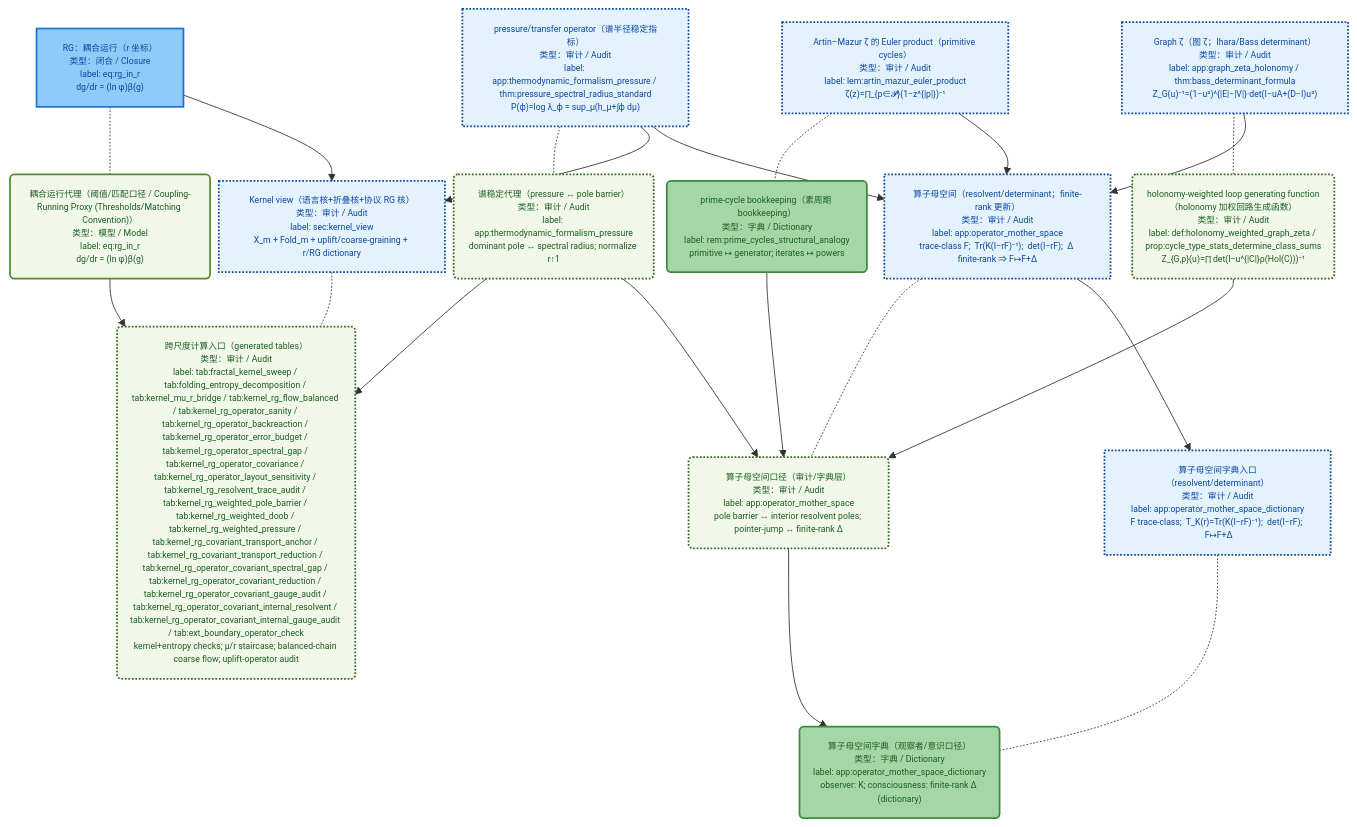
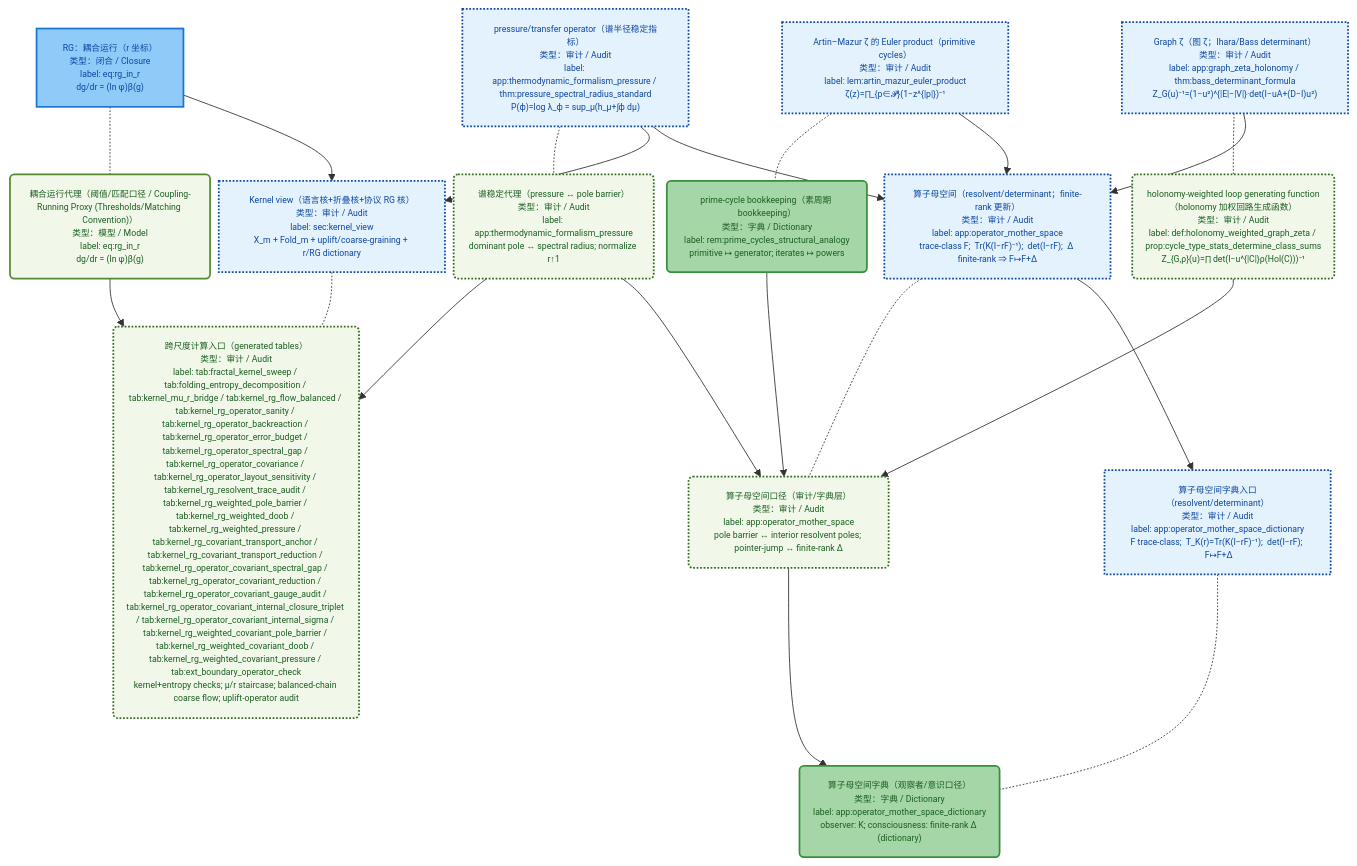
Before and after one commit to loning/the-omega: the ninth of 12 diagrams in docs/papers/2025_z128_standard_model_stable_sector_hpa_omega/architecture_dag.md, drawn with Mermaid. The commit also changed other lines of this file and 24 other files, not shown here.

First line of the commit message:
Enhance kernel RG operator framework with new weighted audits and internal closure triplet

````diff
--- a/docs/papers/2025_z128_standard_model_stable_sector_hpa_omega/architecture_dag.md
+++ b/docs/papers/2025_z128_standard_model_stable_sector_hpa_omega/architecture_dag.md
@@ -1191,76 +1191,76 @@
 ```mermaid
 %%{init: {"maxTextSize": 100000, "flowchart": {"useMaxWidth": false, "nodeSpacing": 10, "rankSpacing": 55}, "themeVariables": {"fontSize": "10px"}}}%%
 flowchart TB
 
   %% === Core hubs ===
   M_kernel_view["Kernel view（语言核+折叠核+协议 RG 核）<br/>类型：审计 / Audit<br/>label: sec:kernel_view<br/>X_m + Fold_m + uplift/coarse-graining + r/RG dictionary"]
-  P_kernel_view("跨尺度计算入口（generated tables）<br/>类型：审计 / Audit<br/>label: tab:fractal_kernel_sweep / tab:folding_entropy_decomposition / tab:kernel_mu_r_bridge / tab:kernel_rg_flow_balanced / tab:kernel_rg_operator_sanity / tab:kernel_rg_operator_backreaction / tab:kernel_rg_operator_error_budget / tab:kernel_rg_operator_spectral_gap / tab:kernel_rg_operator_covariance / tab:kernel_rg_operator_layout_sensitivity / tab:kernel_rg_resolvent_trace_audit / tab:kernel_rg_weighted_pole_barrier / tab:kernel_rg_weighted_doob / tab:kernel_rg_weighted_pressure / tab:kernel_rg_covariant_transport_anchor / tab:kernel_rg_covariant_transport_reduction / tab:kernel_rg_operator_covariant_spectral_gap / tab:kernel_rg_operator_covariant_reduction / tab:kernel_rg_operator_covariant_gauge_audit / tab:kernel_rg_operator_covariant_internal_resolvent / tab:kernel_rg_operator_covariant_internal_gauge_audit / tab:ext_boundary_operator_check<br/>kernel+entropy checks; μ/r staircase; balanced-chain coarse flow; uplift-operator audit")
+  P_kernel_view("跨尺度计算入口（generated tables）<br/>类型：审计 / Audit<br/>label: tab:fractal_kernel_sweep / tab:folding_entropy_decomposition / tab:kernel_mu_r_bridge / tab:kernel_rg_flow_balanced / tab:kernel_rg_operator_sanity / tab:kernel_rg_operator_backreaction / tab:kernel_rg_operator_error_budget / tab:kernel_rg_operator_spectral_gap / tab:kernel_rg_operator_covariance / tab:kernel_rg_operator_layout_sensitivity / tab:kernel_rg_resolvent_trace_audit / tab:kernel_rg_weighted_pole_barrier / tab:kernel_rg_weighted_doob / tab:kernel_rg_weighted_pressure / tab:kernel_rg_covariant_transport_anchor / tab:kernel_rg_covariant_transport_reduction / tab:kernel_rg_operator_covariant_spectral_gap / tab:kernel_rg_operator_covariant_reduction / tab:kernel_rg_operator_covariant_gauge_audit / tab:kernel_rg_operator_covariant_internal_closure_triplet / tab:kernel_rg_operator_covariant_internal_sigma / tab:kernel_rg_weighted_covariant_pole_barrier / tab:kernel_rg_weighted_covariant_doob / tab:kernel_rg_weighted_covariant_pressure / tab:ext_boundary_operator_check<br/>kernel+entropy checks; μ/r staircase; balanced-chain coarse flow; uplift-operator audit")
   M_kernel_view -.- P_kernel_view
 
   M_operator_mother["算子母空间（resolvent/determinant；finite-rank 更新）<br/>类型：审计 / Audit<br/>label: app:operator_mother_space<br/>trace-class F;  Tr(K(I−rF)⁻¹);  det(I−rF);  Δ finite-rank ⇒ F↦F+Δ"]
   P_operator_mother("算子母空间口径（审计/字典层）<br/>类型：审计 / Audit<br/>label: app:operator_mother_space<br/>pole barrier ↔ interior resolvent poles; pointer-jump ↔ finite-rank Δ")
   M_operator_mother -.- P_operator_mother
 
   %% === Shared upstream bridge (minimal) ===
   M_pressure["pressure/transfer operator（谱半径稳定指标）<br/>类型：审计 / Audit<br/>label: app:thermodynamic_formalism_pressure / thm:pressure_spectral_radius_standard<br/>P(ϕ)=log λ_ϕ = sup_μ(h_μ+∫ϕ dμ)"]
   P_pressure("谱稳定代理（pressure ↔ pole barrier）<br/>类型：审计 / Audit<br/>label: app:thermodynamic_formalism_pressure<br/>dominant pole ↔ spectral radius; normalize r↑1")
   M_pressure -.- P_pressure
 
   M_rg["RG：耦合运行（r 坐标）<br/>类型：闭合 / Closure<br/>label: eq:rg_in_r<br/>dg/dr = (ln φ)β(g)"]
   P_rg("耦合运行代理（阈值/匹配口径 / Coupling-Running Proxy (Thresholds/Matching Convention)）<br/>类型：模型 / Model<br/>label: eq:rg_in_r<br/>dg/dr = (ln φ)β(g)")
   M_rg -.- P_rg
 
   M_am_euler["Artin–Mazur ζ 的 Euler product（primitive cycles）<br/>类型：审计 / Audit<br/>label: lem:artin_mazur_euler_product<br/>ζ(z)=∏_{p∈𝓟}(1−z^{|p|})⁻¹"]
   P_am_euler("prime-cycle bookkeeping（素周期 bookkeeping）<br/>类型：字典 / Dictionary<br/>label: rem:prime_cycles_structural_analogy<br/>primitive ↦ generator; iterates ↦ powers")
   M_am_euler -.- P_am_euler
 
   M_graphzeta["Graph ζ（图 ζ；Ihara/Bass determinant）<br/>类型：审计 / Audit<br/>label: app:graph_zeta_holonomy / thm:bass_determinant_formula<br/>Z_G(u)⁻¹=(1−u²)^{|E|−|V|}·det(I−uA+(D−I)u²)"]
   P_graphzeta("holonomy-weighted loop generating function（holonomy 加权回路生成函数）<br/>类型：审计 / Audit<br/>label: def:holonomy_weighted_graph_zeta / prop:cycle_type_stats_determine_class_sums<br/>Z_{G,ρ}(u)=∏ det(I−u^{|C|}ρ(Hol(C)))⁻¹")
   M_graphzeta -.- P_graphzeta
 
   %% === Wiring: pressure is the shared bridge; kernel view also consumes RG; mother space consumes prime-cycle/graph-ζ ===
   M_rg --> M_kernel_view
   P_rg --> P_kernel_view
 
   M_pressure --> M_kernel_view
   P_pressure --> P_kernel_view
 
   M_pressure --> M_operator_mother
   P_pressure --> P_operator_mother
 
   M_am_euler --> M_operator_mother
   P_am_euler --> P_operator_mother
 
   M_graphzeta --> M_operator_mother
   P_graphzeta --> P_operator_mother
 
   %% === Optional dictionary entry (kept compact): mother space viewpoint in equivalence semantics layer ===
   M_opMotherDict["算子母空间字典入口（resolvent/determinant）<br/>类型：审计 / Audit<br/>label: app:operator_mother_space_dictionary<br/>F trace-class;  T_K(r)=Tr(K(I−rF)⁻¹);  det(I−rF);  F↦F+Δ"]
   P_opMotherDict("算子母空间字典（观察者/意识口径）<br/>类型：字典 / Dictionary<br/>label: app:operator_mother_space_dictionary<br/>observer: K; consciousness: finite-rank Δ (dictionary)")
   M_opMotherDict -.- P_opMotherDict
 
   M_operator_mother --> M_opMotherDict
   P_operator_mother --> P_opMotherDict
 
   classDef iface fill:#FCE4EC,stroke:#D81B60,color:#880E4F,stroke-width:2px;
   classDef open_problem fill:#FFEBEE,stroke:#C62828,color:#B71C1C,stroke-width:2px,font-weight:700;
   classDef not_closed fill:#FFF3E0,stroke:#EF6C00,color:#E65100,stroke-width:2px;
   classDef scope_gap fill:#EEEEEE,stroke:#616161,color:#212121,stroke-width:2px,stroke-dasharray: 2 2;
   classDef math_axiom fill:#BBDEFB,stroke:#1565C0,color:#0D47A1,stroke-width:3px,font-weight:700;
   classDef math_construct fill:#E3F2FD,stroke:#1E88E5,color:#0D47A1,stroke-width:2px;
   classDef math_closure fill:#90CAF9,stroke:#1976D2,color:#0D47A1,stroke-width:2px;
   classDef math_cont fill:#E1F5FE,stroke:#039BE5,color:#01579B,stroke-width:2px;
   classDef math_assumption fill:#E3F2FD,stroke:#1E88E5,color:#0D47A1,stroke-width:2px,stroke-dasharray: 6 3;
   classDef math_audit fill:#E3F2FD,stroke:#0D47A1,color:#0D47A1,stroke-width:2px,stroke-dasharray: 2 2;
   classDef phys_proxy fill:#E8F5E9,stroke:#43A047,color:#1B5E20,stroke-width:2px;
   classDef phys_obs fill:#C8E6C9,stroke:#2E7D32,color:#1B5E20,stroke-width:2px,font-weight:700;
   classDef phys_dict fill:#A5D6A7,stroke:#388E3C,color:#1B5E20,stroke-width:2px;
   classDef phys_model fill:#F1F8E9,stroke:#558B2F,color:#1B5E20,stroke-width:2px;
   classDef phys_audit fill:#F1F8E9,stroke:#33691E,color:#1B5E20,stroke-width:2px,stroke-dasharray: 2 2;
 
   class M_kernel_view,M_operator_mother,M_opMotherDict,M_pressure,M_am_euler,M_graphzeta math_audit;
   class M_rg math_closure;
   class P_kernel_view,P_operator_mother,P_pressure,P_graphzeta phys_audit;
   class P_rg phys_model;
   class P_am_euler,P_opMotherDict phys_dict;
 ```
````
